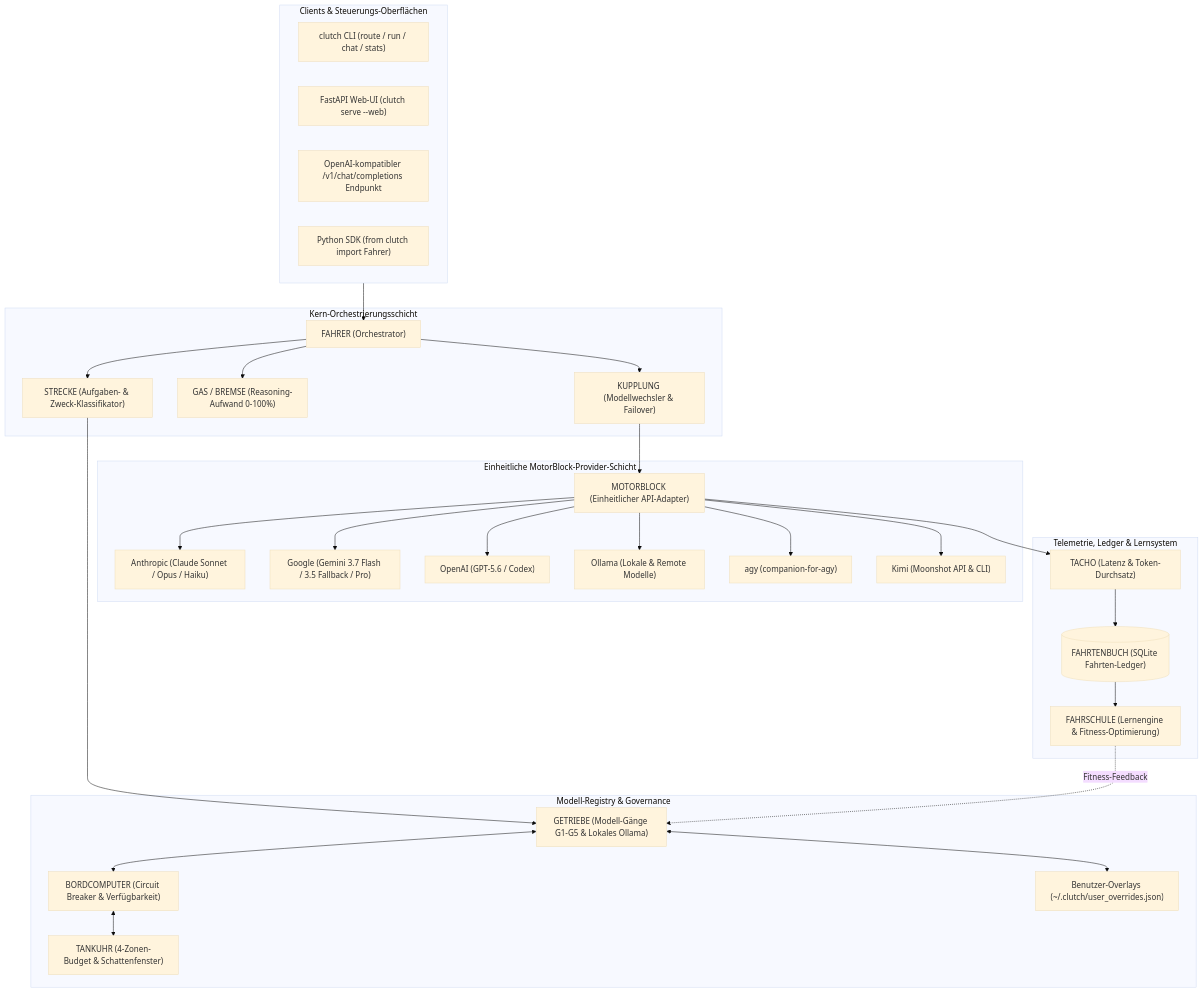
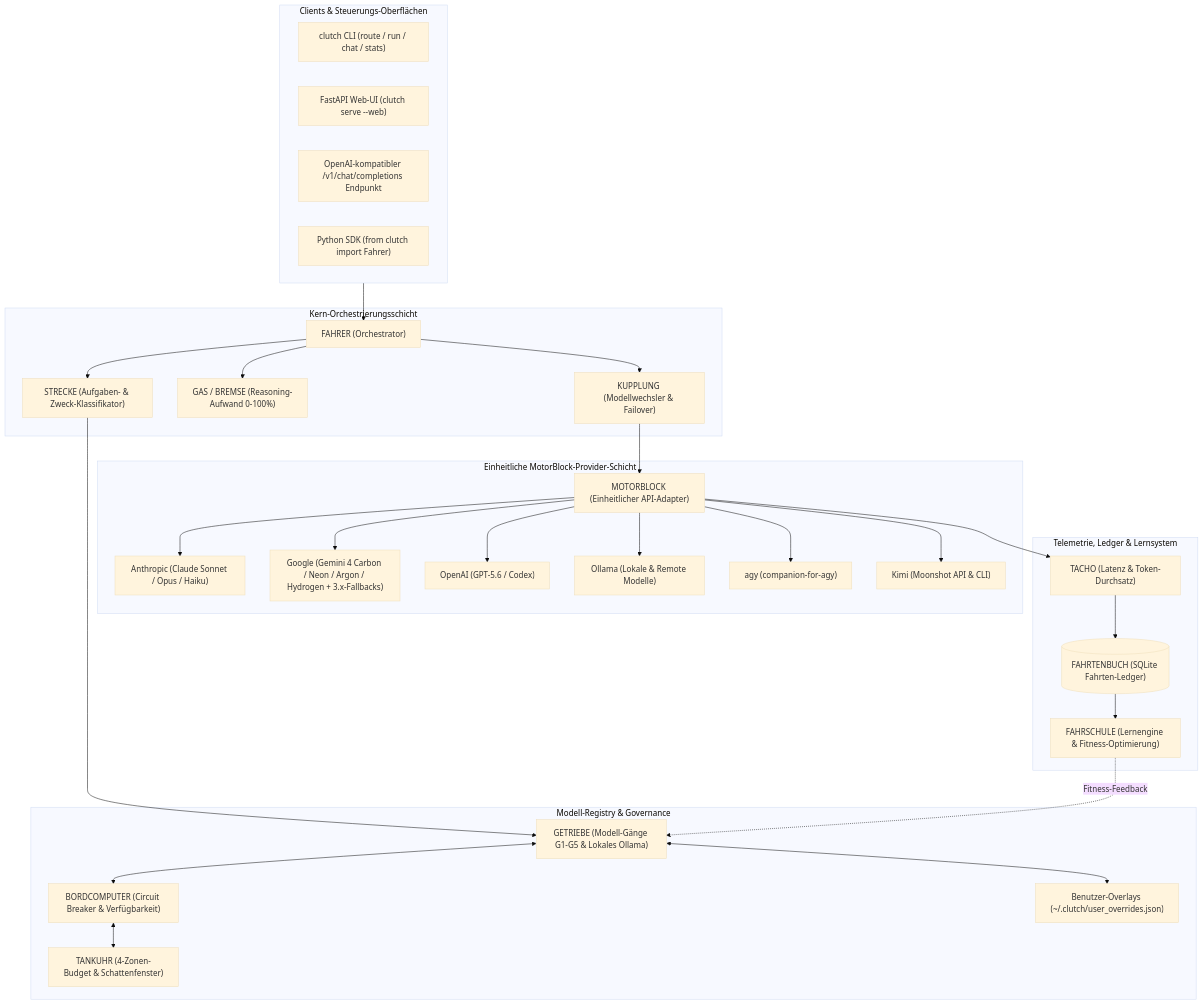
The first of 2 diagrams in README_de.md (ellmos-ai/clutch), drawn with Mermaid (base theme) before and after one commit. The commit also changed other lines of this file and 9 other files, not shown here.

Commit message:
feat(models): add Google Gemini 4 lineup (API and agy)

````diff
--- a/README_de.md
+++ b/README_de.md
@@ -203,59 +203,59 @@
 ```mermaid
 flowchart TD
     subgraph CLIENTS["Clients & Steuerungs-Oberflächen"]
         CLI["clutch CLI (route / run / chat / stats)"]
         Web["FastAPI Web-UI (clutch serve --web)"]
         API["OpenAI-kompatibler /v1/chat/completions Endpunkt"]
         Lib["Python SDK (from clutch import Fahrer)"]
     end
 
     subgraph ORCHESTRATION["Kern-Orchestrierungsschicht"]
         Fahrer["FAHRER (Orchestrator)"]
         Strecke["STRECKE (Aufgaben- & Zweck-Klassifikator)"]
         GasBremse["GAS / BREMSE (Reasoning-Aufwand 0-100%)"]
         Kupplung["KUPPLUNG (Modellwechsler & Failover)"]
     end
 
     subgraph REGISTRY["Modell-Registry & Governance"]
         Getriebe["GETRIEBE (Modell-Gänge G1-G5 & Lokales Ollama)"]
         Bordcomputer["BORDCOMPUTER (Circuit Breaker & Verfügbarkeit)"]
         Tankuhr["TANKUHR (4-Zonen-Budget & Schattenfenster)"]
         UserOverrides["Benutzer-Overlays (~/.clutch/user_overrides.json)"]
     end
 
     subgraph ENGINES["Einheitliche MotorBlock-Provider-Schicht"]
         MotorBlock["MOTORBLOCK (Einheitlicher API-Adapter)"]
         Anthropic["Anthropic (Claude Sonnet / Opus / Haiku)"]
-        Gemini["Google (Gemini 3.7 Flash / 3.5 Fallback / Pro)"]
+        Gemini["Google (Gemini 4 Carbon / Neon / Argon / Hydrogen + 3.x-Fallbacks)"]
         OpenAI["OpenAI (GPT-5.6 / Codex)"]
         Ollama["Ollama (Lokale & Remote Modelle)"]
         Agy["agy (companion-for-agy)"]
         Kimi["Kimi (Moonshot API & CLI)"]
     end
 
     subgraph TELEMETRY["Telemetrie, Ledger & Lernsystem"]
         Tacho["TACHO (Latenz & Token-Durchsatz)"]
         Fahrtenbuch[("FAHRTENBUCH (SQLite Fahrten-Ledger)")]
         Fahrschule["FAHRSCHULE (Lernengine & Fitness-Optimierung)"]
     end
 
     CLIENTS --> Fahrer
     Fahrer --> Strecke
     Strecke --> Getriebe
     Fahrer --> GasBremse
     Fahrer --> Kupplung
     Getriebe <--> Bordcomputer
     Getriebe <--> UserOverrides
     Bordcomputer <--> Tankuhr
     Kupplung --> MotorBlock
     MotorBlock --> Anthropic
     MotorBlock --> Gemini
     MotorBlock --> OpenAI
     MotorBlock --> Ollama
     MotorBlock --> Agy
     MotorBlock --> Kimi
     MotorBlock --> Tacho
     Tacho --> Fahrtenbuch
     Fahrtenbuch --> Fahrschule
     Fahrschule -. Fitness-Feedback .-> Getriebe
 ```
````
